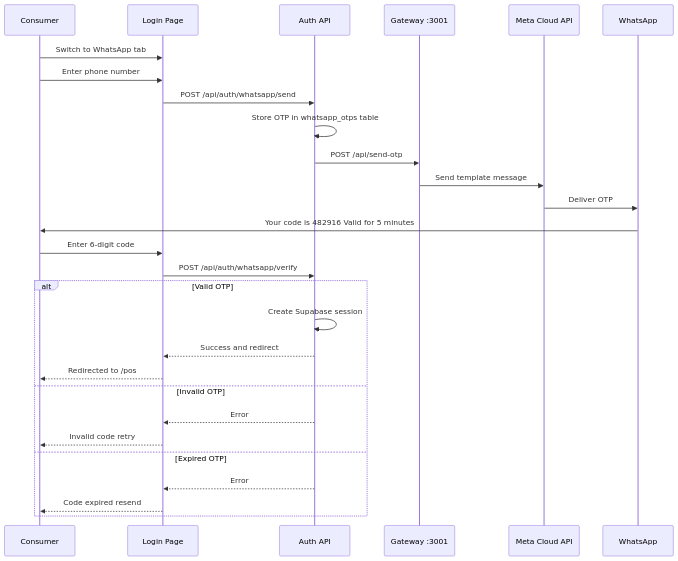
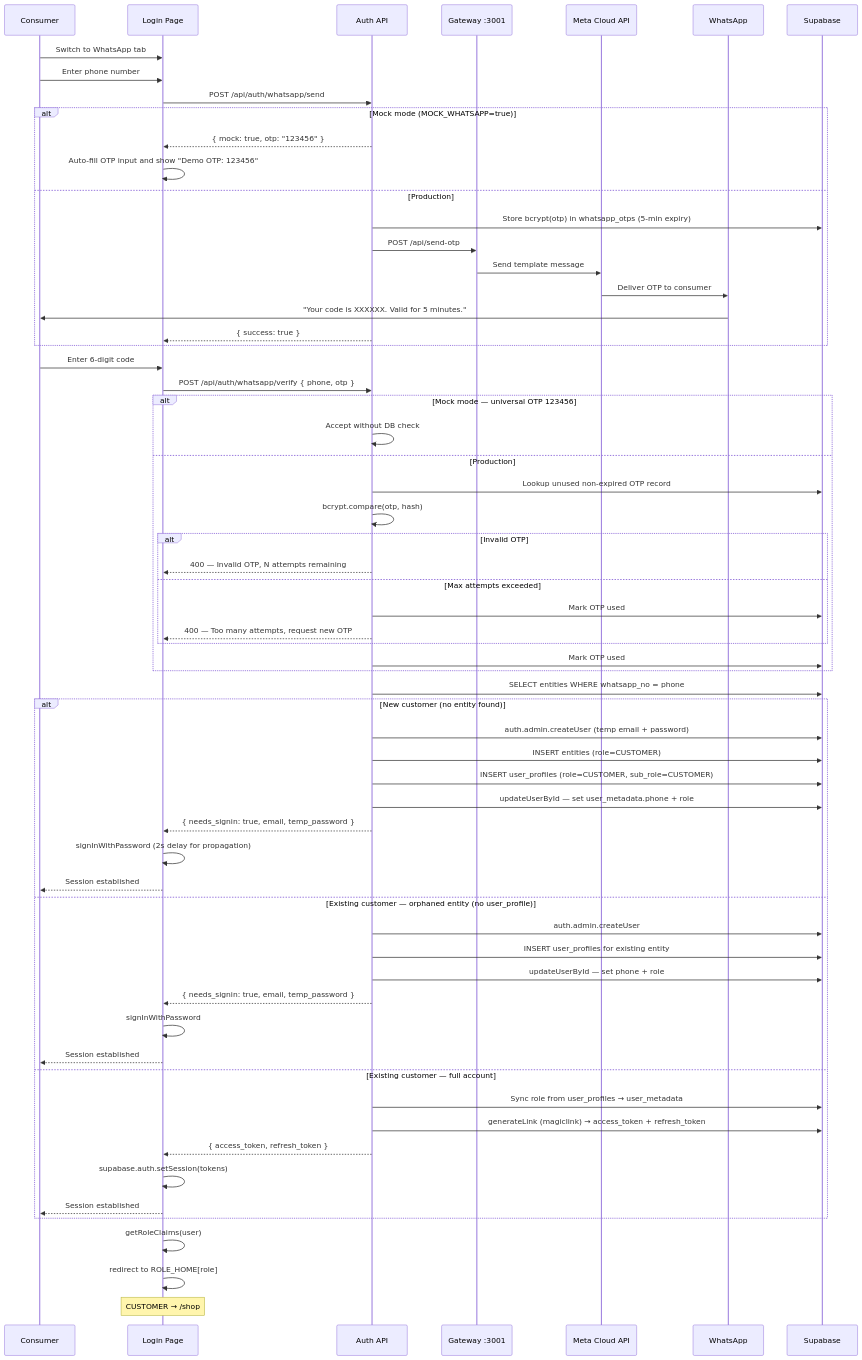
Before and after one commit to gstposbhutan/edgePOS: the diagram in docs/flows/consumer-whatsapp-otp.mmd, drawn with Mermaid. The commit also changed 5 other files, not shown here.

First line of the commit message:
docs: add F-SHOP-001 spec, cart checkout flow, and update stale diagrams

```diff
--- a/docs/flows/consumer-whatsapp-otp.mmd
+++ b/docs/flows/consumer-whatsapp-otp.mmd
@@ -1,31 +1,70 @@
 sequenceDiagram
     participant C as Consumer
     participant APP as Login Page
     participant API as Auth API
     participant GW as Gateway :3001
     participant META as Meta Cloud API
     participant WA as WhatsApp
+    participant DB as Supabase
 
     C->>APP: Switch to WhatsApp tab
     C->>APP: Enter phone number
     APP->>API: POST /api/auth/whatsapp/send
-    API->>API: Store OTP in whatsapp_otps table
-    API->>GW: POST /api/send-otp
-    GW->>META: Send template message
-    META->>WA: Deliver OTP
-    WA->>C: Your code is 482916 Valid for 5 minutes
+
+    alt Mock mode (MOCK_WHATSAPP=true)
+        API-->>APP: { mock: true, otp: "123456" }
+        APP->>APP: Auto-fill OTP input and show "Demo OTP: 123456"
+    else Production
+        API->>DB: Store bcrypt(otp) in whatsapp_otps (5-min expiry)
+        API->>GW: POST /api/send-otp
+        GW->>META: Send template message
+        META->>WA: Deliver OTP to consumer
+        WA->>C: "Your code is XXXXXX. Valid for 5 minutes."
+        API-->>APP: { success: true }
+    end
 
     C->>APP: Enter 6-digit code
-    APP->>API: POST /api/auth/whatsapp/verify
+    APP->>API: POST /api/auth/whatsapp/verify { phone, otp }
 
-    alt Valid OTP
-        API->>API: Create Supabase session
-        API-->>APP: Success and redirect
-        APP-->>C: Redirected to /pos
-    else Invalid OTP
-        API-->>APP: Error
-        APP-->>C: Invalid code retry
-    else Expired OTP
-        API-->>APP: Error
-        APP-->>C: Code expired resend
+    alt Mock mode — universal OTP 123456
+        API->>API: Accept without DB check
+    else Production
+        API->>DB: Lookup unused non-expired OTP record
+        API->>API: bcrypt.compare(otp, hash)
+        alt Invalid OTP
+            API-->>APP: 400 — Invalid OTP, N attempts remaining
+        else Max attempts exceeded
+            API->>DB: Mark OTP used
+            API-->>APP: 400 — Too many attempts, request new OTP
+        end
+        API->>DB: Mark OTP used
     end
+
+    API->>DB: SELECT entities WHERE whatsapp_no = phone
+
+    alt New customer (no entity found)
+        API->>DB: auth.admin.createUser (temp email + password)
+        API->>DB: INSERT entities (role=CUSTOMER)
+        API->>DB: INSERT user_profiles (role=CUSTOMER, sub_role=CUSTOMER)
+        API->>DB: updateUserById — set user_metadata.phone + role
+        API-->>APP: { needs_signin: true, email, temp_password }
+        APP->>APP: signInWithPassword (2s delay for propagation)
+        APP-->>C: Session established
+    else Existing customer — orphaned entity (no user_profile)
+        API->>DB: auth.admin.createUser
+        API->>DB: INSERT user_profiles for existing entity
+        API->>DB: updateUserById — set phone + role
+        API-->>APP: { needs_signin: true, email, temp_password }
+        APP->>APP: signInWithPassword
+        APP-->>C: Session established
+    else Existing customer — full account
+        API->>DB: Sync role from user_profiles → user_metadata
+        API->>DB: generateLink (magiclink) → access_token + refresh_token
+        API-->>APP: { access_token, refresh_token }
+        APP->>APP: supabase.auth.setSession(tokens)
+        APP-->>C: Session established
+    end
+
+    APP->>APP: getRoleClaims(user)
+    APP->>APP: redirect to ROLE_HOME[role]
+    Note over APP: CUSTOMER → /shop
```
